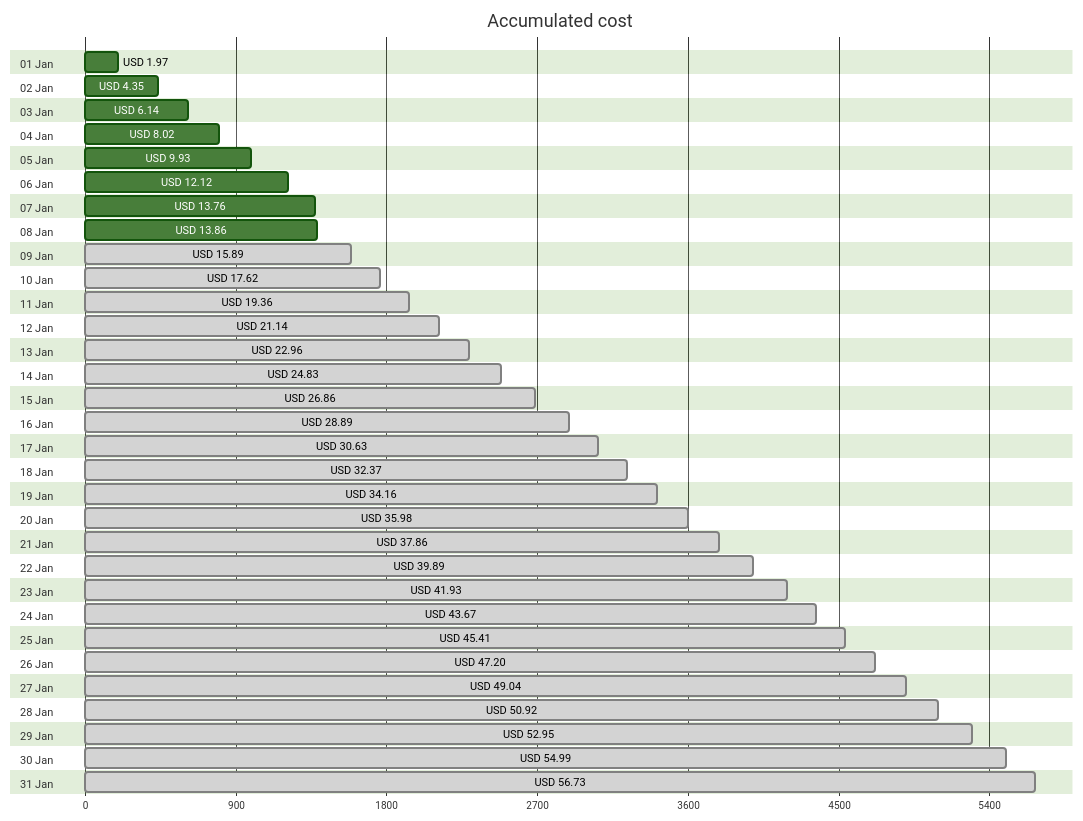
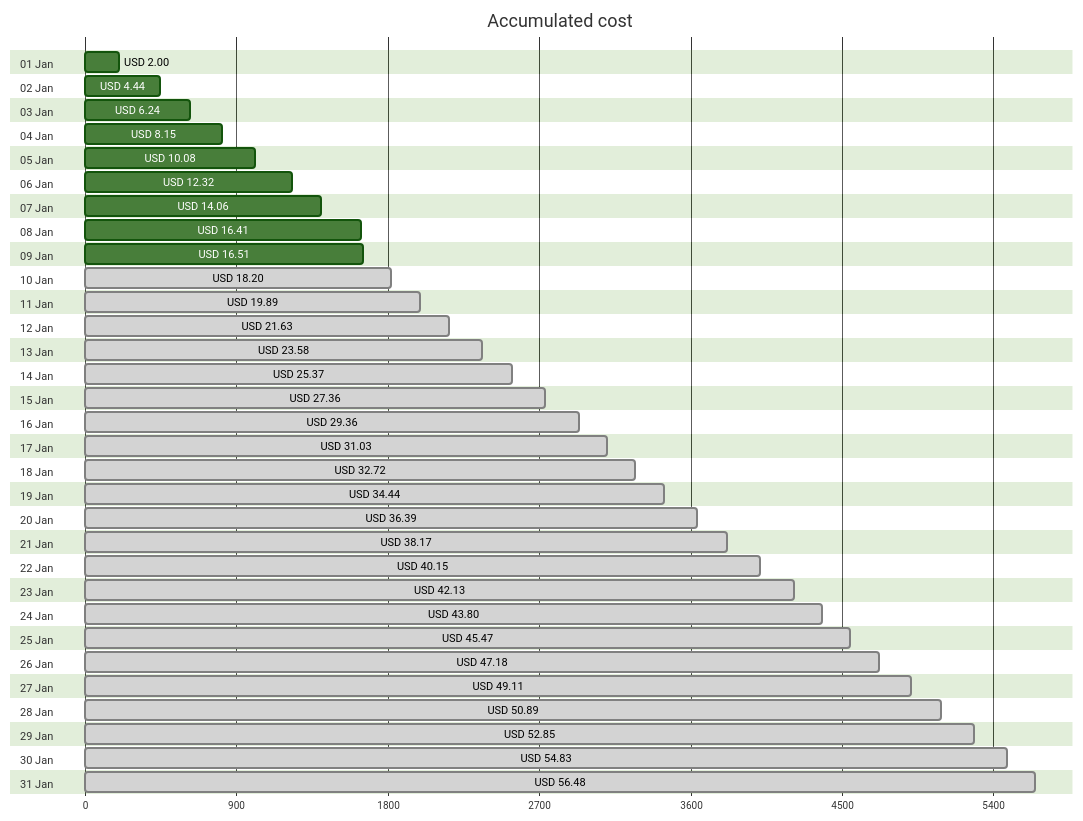
The first of 4 diagrams in cost-reports/personal-network/README.md (jpfulton/azure-personal-reports), drawn with Mermaid (forest theme) before and after one commit. The commit also changed other lines of this file and 8 other files, not shown here.

````diff
--- a/cost-reports/personal-network/README.md
+++ b/cost-reports/personal-network/README.md
@@ -20,68 +20,68 @@
 ```mermaid
 gantt
    title Accumulated cost
    dateFormat  X
    axisFormat %s
    section 01 Jan
-   USD 1.97 :0, 197
+   USD 2.00 :0, 200
    section 02 Jan
-   USD 4.35 :0, 435
+   USD 4.44 :0, 444
    section 03 Jan
-   USD 6.14 :0, 614
+   USD 6.24 :0, 624
    section 04 Jan
-   USD 8.02 :0, 802
+   USD 8.15 :0, 815
    section 05 Jan
-   USD 9.93 :0, 993
+   USD 10.08 :0, 1008
    section 06 Jan
-   USD 12.12 :0, 1212
+   USD 12.32 :0, 1232
    section 07 Jan
-   USD 13.76 :0, 1376
+   USD 14.06 :0, 1406
    section 08 Jan
-   USD 13.86 :0, 1386
+   USD 16.41 :0, 1641
    section 09 Jan
-   USD 15.89 : done, 0, 1589
+   USD 16.51 :0, 1651
    section 10 Jan
-   USD 17.62 : done, 0, 1762
+   USD 18.20 : done, 0, 1820
    section 11 Jan
-   USD 19.36 : done, 0, 1936
+   USD 19.89 : done, 0, 1989
    section 12 Jan
-   USD 21.14 : done, 0, 2114
+   USD 21.63 : done, 0, 2163
    section 13 Jan
-   USD 22.96 : done, 0, 2296
+   USD 23.58 : done, 0, 2358
    section 14 Jan
-   USD 24.83 : done, 0, 2483
+   USD 25.37 : done, 0, 2537
    section 15 Jan
-   USD 26.86 : done, 0, 2686
+   USD 27.36 : done, 0, 2736
    section 16 Jan
-   USD 28.89 : done, 0, 2889
+   USD 29.36 : done, 0, 2936
    section 17 Jan
-   USD 30.63 : done, 0, 3063
+   USD 31.03 : done, 0, 3103
    section 18 Jan
-   USD 32.37 : done, 0, 3237
+   USD 32.72 : done, 0, 3272
    section 19 Jan
-   USD 34.16 : done, 0, 3416
+   USD 34.44 : done, 0, 3444
    section 20 Jan
-   USD 35.98 : done, 0, 3598
+   USD 36.39 : done, 0, 3639
    section 21 Jan
-   USD 37.86 : done, 0, 3786
+   USD 38.17 : done, 0, 3817
    section 22 Jan
-   USD 39.89 : done, 0, 3989
+   USD 40.15 : done, 0, 4015
    section 23 Jan
-   USD 41.93 : done, 0, 4193
+   USD 42.13 : done, 0, 4213
    section 24 Jan
-   USD 43.67 : done, 0, 4367
+   USD 43.80 : done, 0, 4380
    section 25 Jan
-   USD 45.41 : done, 0, 4541
+   USD 45.47 : done, 0, 4547
    section 26 Jan
-   USD 47.20 : done, 0, 4720
+   USD 47.18 : done, 0, 4718
    section 27 Jan
-   USD 49.04 : done, 0, 4904
+   USD 49.11 : done, 0, 4911
    section 28 Jan
-   USD 50.92 : done, 0, 5092
+   USD 50.89 : done, 0, 5089
    section 29 Jan
-   USD 52.95 : done, 0, 5295
+   USD 52.85 : done, 0, 5285
    section 30 Jan
-   USD 54.99 : done, 0, 5499
+   USD 54.83 : done, 0, 5483
    section 31 Jan
-   USD 56.73 : done, 0, 5673
+   USD 56.48 : done, 0, 5648
 ```
````
